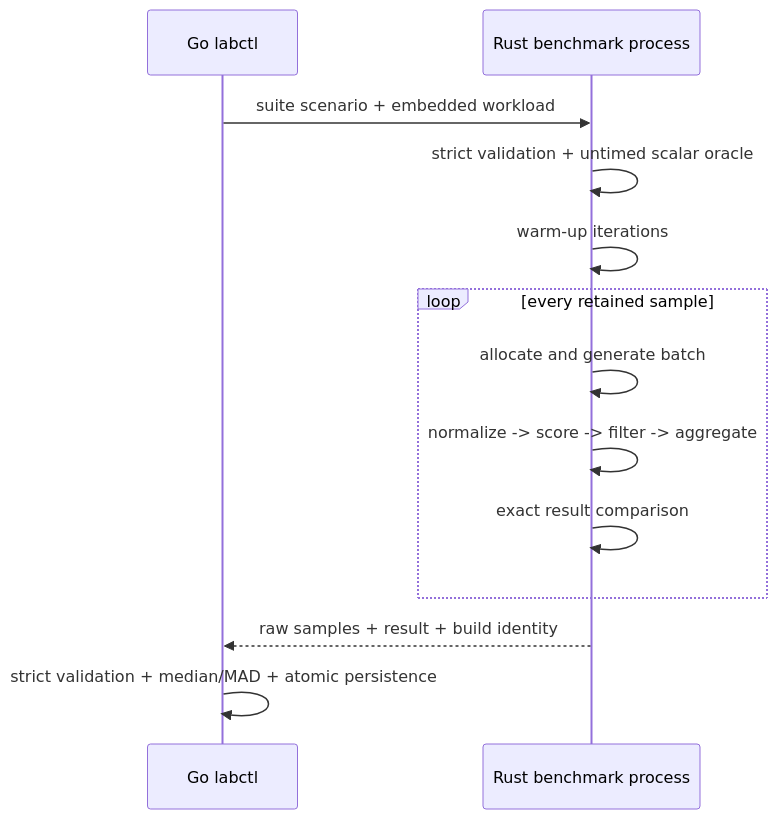
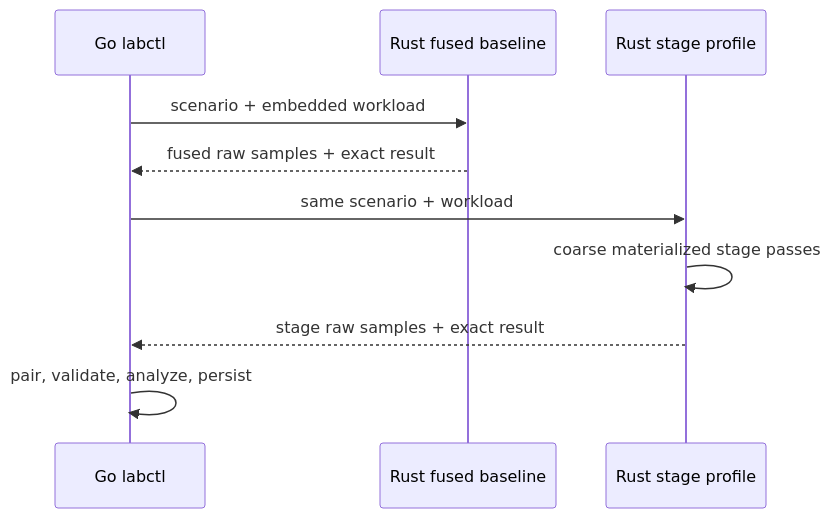
The first of 3 diagrams in README.md (kvetinski/paraflow), drawn with Mermaid before and after one commit. The commit also changed other lines of this file and 8 other files, not shown here.

Commit message:
day 6: docs: explain the scalar baseline and non-claims

````diff
--- a/README.md
+++ b/README.md
@@ -75,15 +67,12 @@
 ```mermaid
 sequenceDiagram
     participant G as Go labctl
-    participant R as Rust benchmark process
-    G->>R: suite scenario + embedded workload
-    R->>R: strict validation + untimed scalar oracle
-    R->>R: warm-up iterations
-    loop every retained sample
-        R->>R: allocate and generate batch
-        R->>R: normalize -> score -> filter -> aggregate
-        R->>R: exact result comparison
-    end
-    R-->>G: raw samples + result + build identity
-    G->>G: strict validation + median/MAD + atomic persistence
+    participant B as Rust fused baseline
+    participant P as Rust stage profile
+    G->>B: scenario + embedded workload
+    B-->>G: fused raw samples + exact result
+    G->>P: same scenario + workload
+    P->>P: coarse materialized stage passes
+    P-->>G: stage raw samples + exact result
+    G->>G: pair, validate, analyze, persist
 ```
````
